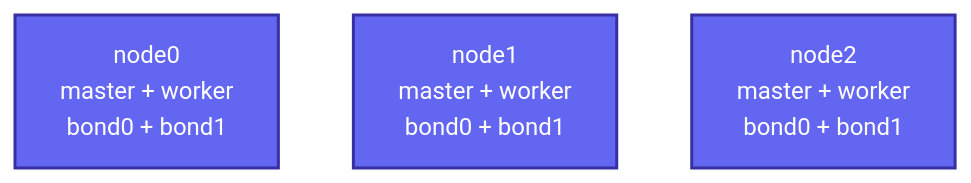
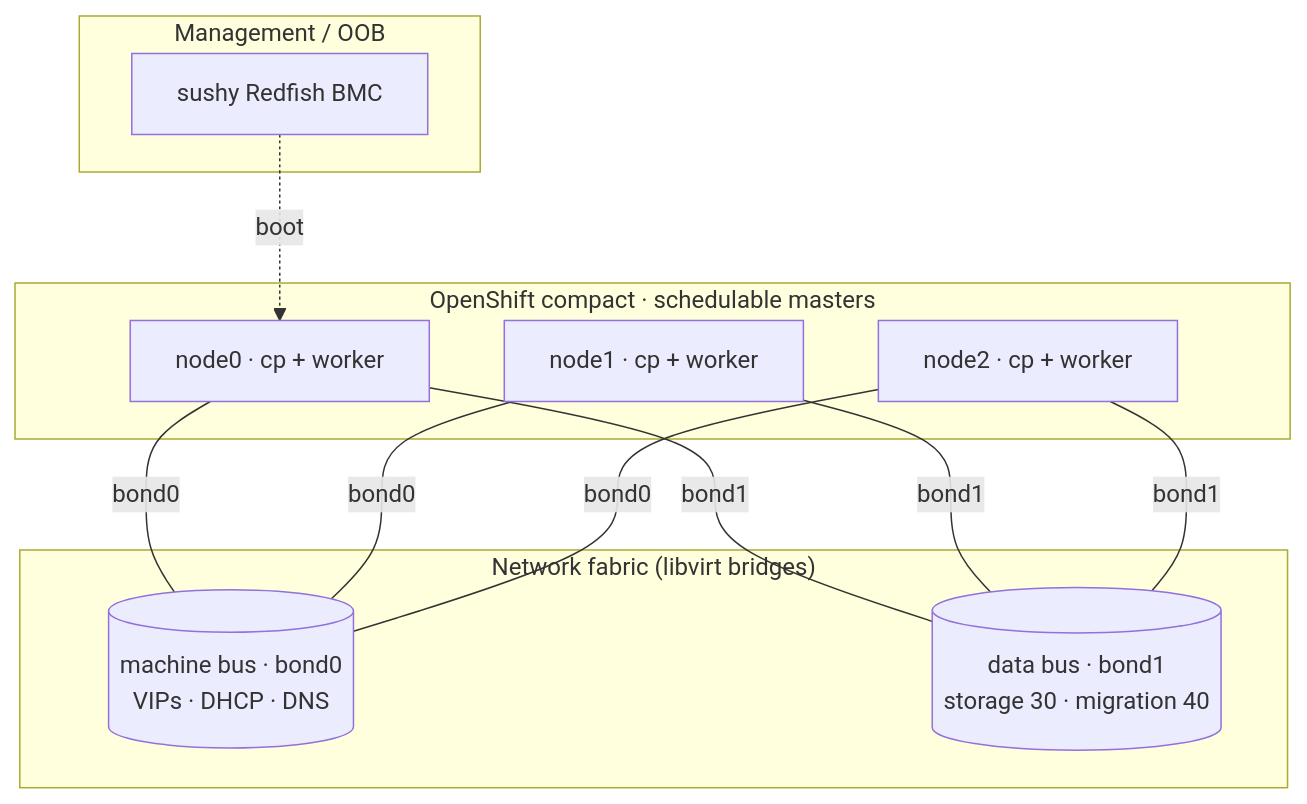
Before and after one commit to maci0/vmetal-openshift: the seventh of 10 diagrams in docs/architecture.md, drawn with Mermaid. The commit also changed other lines of this file and 1 other file, not shown here.

First line of the commit message:
docs: redo topology diagrams as clean layered reference architectures

````diff
--- a/docs/architecture.md
+++ b/docs/architecture.md
@@ -260,8 +257,22 @@
 ```mermaid
 flowchart TB
-  c0["node0<br/>master + worker<br/>bond0 + bond1"]
-  c1["node1<br/>master + worker<br/>bond0 + bond1"]
-  c2["node2<br/>master + worker<br/>bond0 + bond1"]
-  classDef m fill:#6366f1,stroke:#3730a3,color:#fff,stroke-width:2px;
-  class c0,c1,c2 m;
+  subgraph mgmt["Management / OOB"]
+    sushy["sushy Redfish BMC"]
+  end
+  subgraph cluster["OpenShift compact · schedulable masters"]
+    c0["node0 · cp + worker"]
+    c1["node1 · cp + worker"]
+    c2["node2 · cp + worker"]
+  end
+  subgraph fabric["Network fabric (libvirt bridges)"]
+    mach[("machine bus · bond0<br/>VIPs · DHCP · DNS")]
+    data[("data bus · bond1<br/>storage 30 · migration 40")]
+  end
+  sushy -. boot .-> c0
+  c0 -- bond0 --- mach
+  c1 -- bond0 --- mach
+  c2 -- bond0 --- mach
+  c0 -- bond1 --- data
+  c1 -- bond1 --- data
+  c2 -- bond1 --- data
 ```
````
